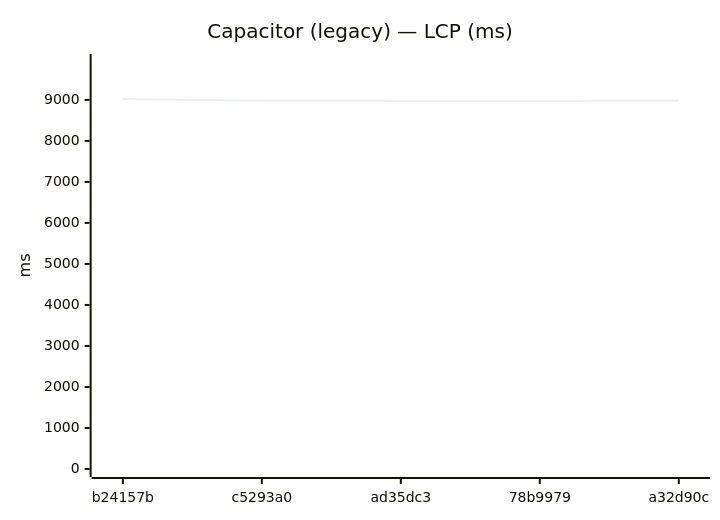
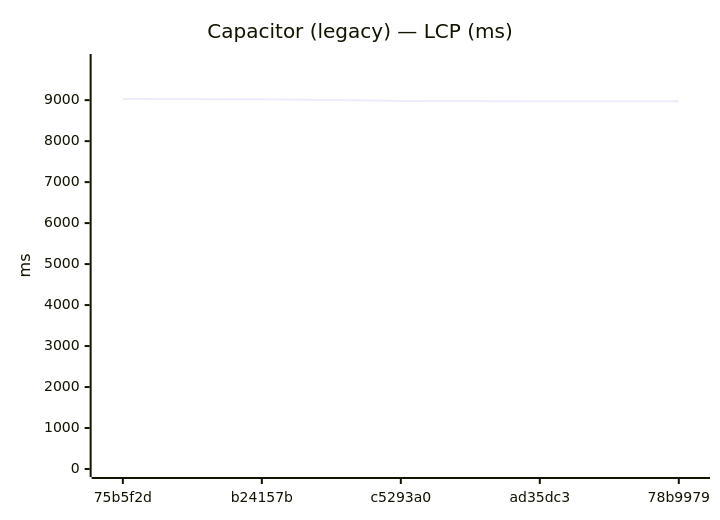
One commit to Metaheurist/Rianell changed diagram 13 of 24 in benchmarks/compare.md. Above: the diagram before and after it, drawn with Mermaid. The commit also changed other lines of this file and 14 other files, not shown here.

````diff
--- a/benchmarks/compare.md
+++ b/benchmarks/compare.md
@@ -194,7 +194,7 @@
 ```mermaid
 xychart-beta
     title "Capacitor (legacy) — LCP (ms)"
-    x-axis ["b24157b", "c5293a0", "ad35dc3", "78b9979", "a32d90c"]
-    y-axis "ms" 0 --> 9924
-    line [9021, 8982, 8976, 8972, 8979]
+    x-axis ["75b5f2d", "b24157b", "c5293a0", "ad35dc3", "78b9979"]
+    y-axis "ms" 0 --> 9931
+    line [9028, 9021, 8982, 8976, 8972]
 ```
````
